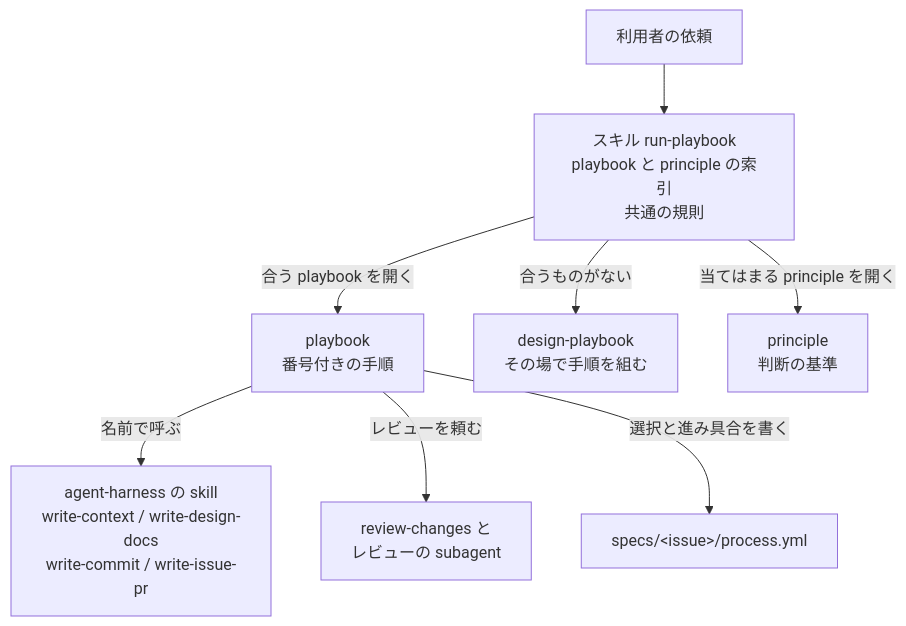
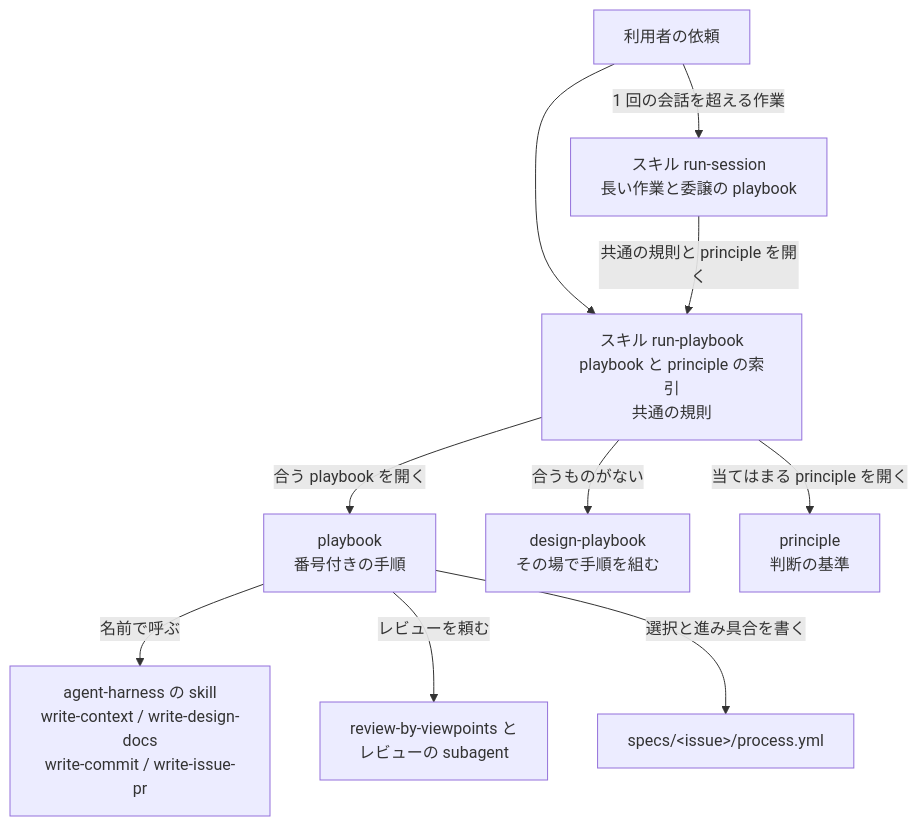
Before and after one commit to Fukuemon/agent-playbooks: the diagram in design/DesignDoc.md, drawn with Mermaid. The commit also changed other lines of this file and 2 other files, not shown here.

````diff
--- a/design/DesignDoc.md
+++ b/design/DesignDoc.md
@@ -52,10 +65,12 @@
 ```mermaid
 flowchart TB
     user["利用者の依頼"] --> entry["スキル run-playbook<br>playbook と principle の索引<br>共通の規則"]
+    user -- "1 回の会話を超える作業" --> sess["スキル run-session<br>長い作業と委譲の playbook"]
+    sess -- "共通の規則と principle を開く" --> entry
     entry -- "合う playbook を開く" --> pb["playbook<br>番号付きの手順"]
     entry -- "合うものがない" --> design["design-playbook<br>その場で手順を組む"]
     entry -- "当てはまる principle を開く" --> pr["principle<br>判断の基準"]
     pb -- "名前で呼ぶ" --> ah["agent-harness の skill<br>write-context / write-design-docs<br>write-commit / write-issue-pr"]
-    pb -- "レビューを頼む" --> rv["review-changes と<br>レビューの subagent"]
+    pb -- "レビューを頼む" --> rv["review-by-viewpoints と<br>レビューの subagent"]
     pb -- "選択と進み具合を書く" --> proc["specs/&lt;issue&gt;/process.yml"]
 ```
````
